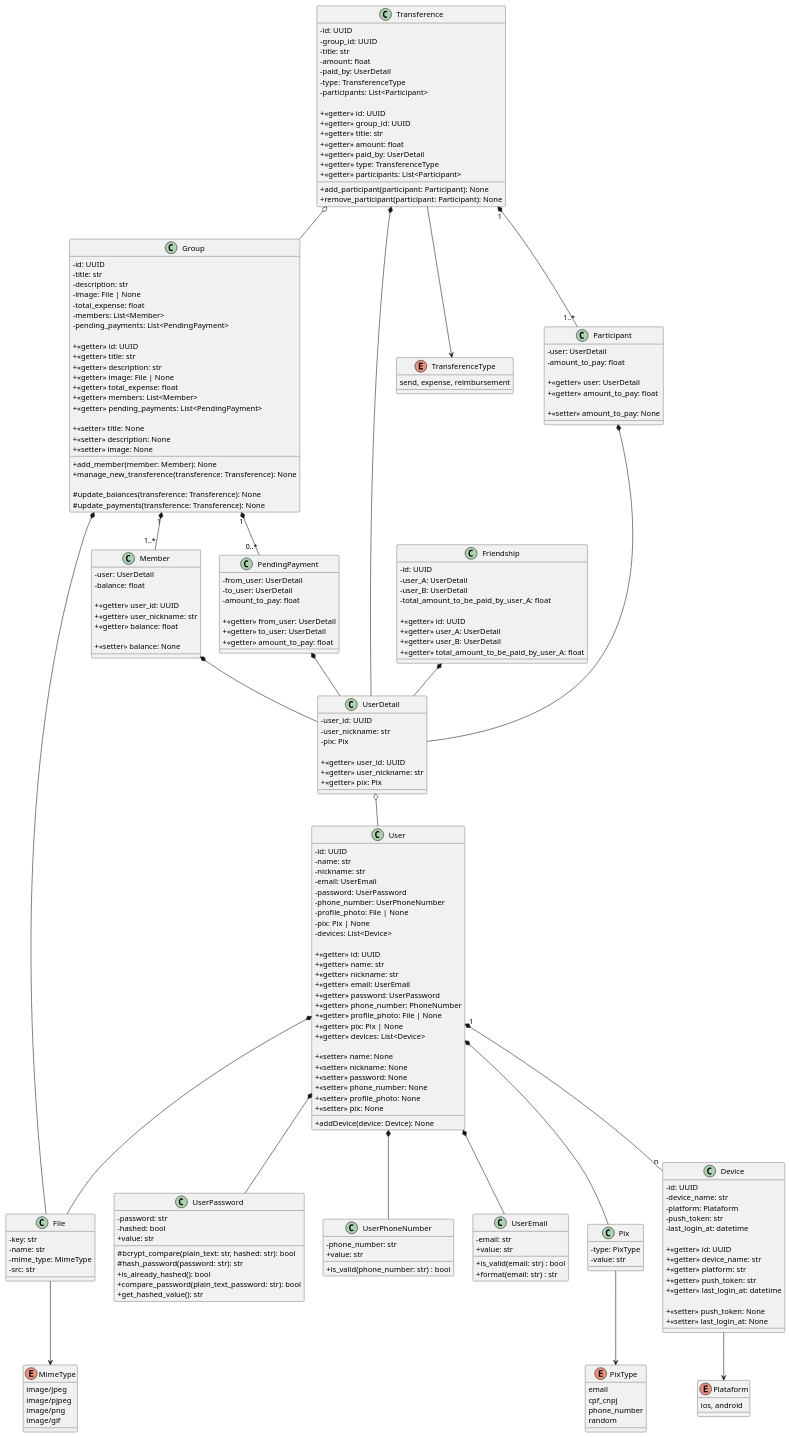
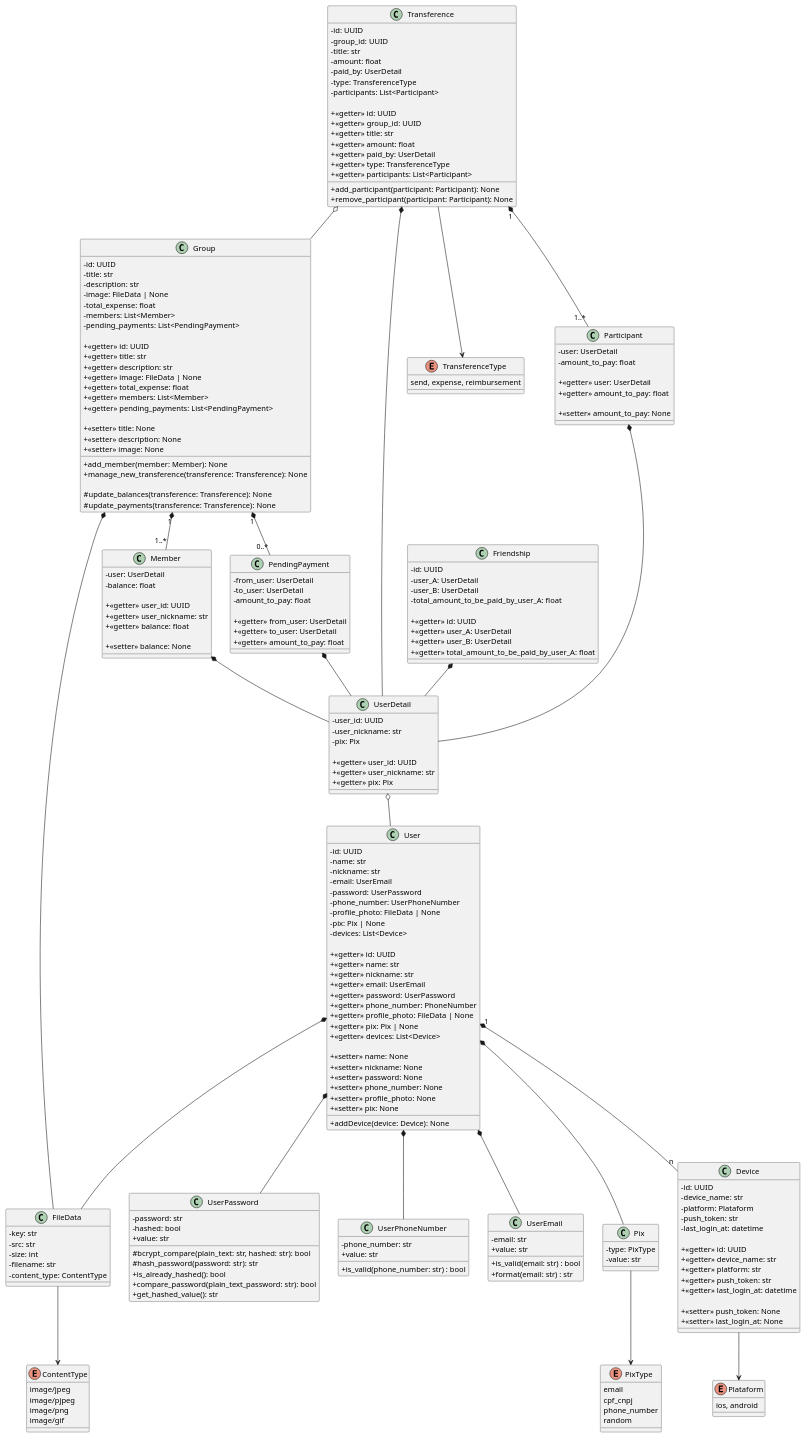
One commit to joaopedropiraja/FazAConta-backend changed the diagram in uml.puml. Above: the diagram before and after it, drawn with PlantUML. The commit also changed 31 other files, not shown here.

```diff
--- a/uml.puml
+++ b/uml.puml
@@ -9,7 +9,7 @@
   - email: UserEmail
   - password: UserPassword
   - phone_number: UserPhoneNumber
-  - profile_photo: File | None
+  - profile_photo: FileData | None
   - pix: Pix | None
   - devices: List<Device>
 
@@ -19,7 +19,7 @@
   + <<getter>> email: UserEmail
   + <<getter>> password: UserPassword
   + <<getter>> phone_number: PhoneNumber
-  + <<getter>> profile_photo: File | None
+  + <<getter>> profile_photo: FileData | None
   + <<getter>> pix: Pix | None
   + <<getter>> devices: List<Device>
 
@@ -60,14 +60,15 @@
   + is_valid(phone_number: str) : bool
 }
 
-class File {
+class FileData {
   - key: str
-  - name: str
-  - mime_type: MimeType
   - src: str
+  - size: int
+  - filename: str
+  - content_type: ContentType
 }
 
-enum MimeType {
+enum ContentType {
   image/jpeg
   image/pjpeg
   image/png
@@ -120,11 +121,11 @@
 User *-- UserEmail
 User *-- UserPassword
 User *-- UserPhoneNumber
-User *-- File
+User *-- FileData
 User *-- Pix
 User "1" *-- "n" Device
 
-File --> MimeType
+FileData --> ContentType
 Pix --> PixType
 Device --> Plataform
 
@@ -134,7 +135,7 @@
   - id: UUID
   - title: str
   - description: str
-  - image: File | None
+  - image: FileData | None
   - total_expense: float
   - members: List<Member>
   - pending_payments: List<PendingPayment>
@@ -142,7 +143,7 @@
   + <<getter>> id: UUID
   + <<getter>> title: str
   + <<getter>> description: str
-  + <<getter>> image: File | None
+  + <<getter>> image: FileData | None
   + <<getter>> total_expense: float
   + <<getter>> members: List<Member>
   + <<getter>> pending_payments: List<PendingPayment>
@@ -216,7 +217,7 @@
 
 Group "1" *-- "1..*" Member
 Group "1" *-- "0..*" PendingPayment
-Group *-- File
+Group *-- FileData
 
 Member *-- UserDetail
 PendingPayment *-- UserDetail
```
